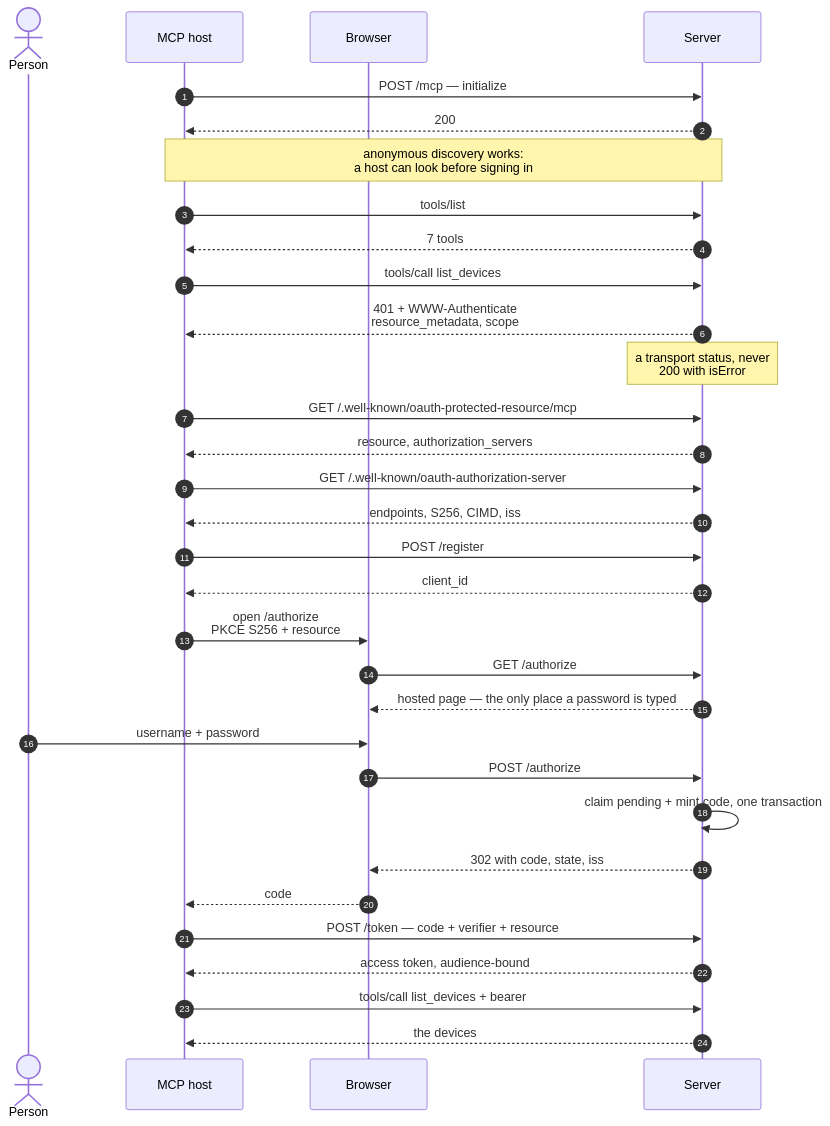
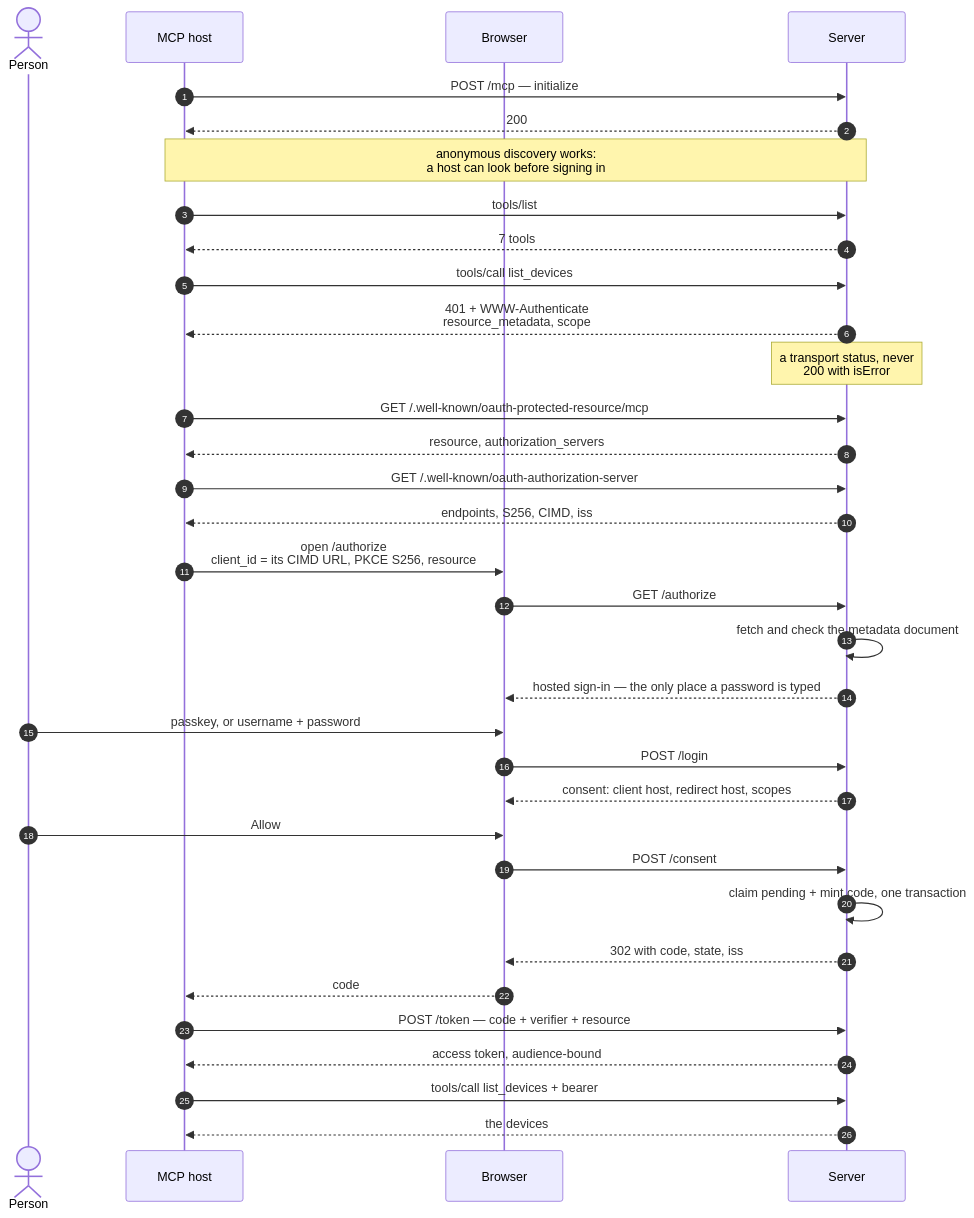
One commit to ksypinro/MCP-UI changed the fourth of 8 diagrams in docs/sequence-diagrams.md. Above: the diagram before and after it, drawn with Mermaid. The commit also changed other lines of this file and 182 other files, not shown here.

````diff
--- a/docs/sequence-diagrams.md
+++ b/docs/sequence-diagrams.md
@@ -127,39 +128,41 @@
 ```mermaid
 sequenceDiagram
     autonumber
     actor U as Person
     participant H as MCP host
     participant B as Browser
     participant S as Server
 
     H->>S: POST /mcp — initialize
     S-->>H: 200
     Note over H,S: anonymous discovery works:<br/>a host can look before signing in
     H->>S: tools/list
     S-->>H: 7 tools
 
     H->>S: tools/call list_devices
     S-->>H: 401 + WWW-Authenticate<br/>resource_metadata, scope
     Note over S: a transport status, never<br/>200 with isError
 
     H->>S: GET /.well-known/oauth-protected-resource/mcp
     S-->>H: resource, authorization_servers
     H->>S: GET /.well-known/oauth-authorization-server
     S-->>H: endpoints, S256, CIMD, iss
 
-    H->>S: POST /register
-    S-->>H: client_id
-    H->>B: open /authorize<br/>PKCE S256 + resource
+    H->>B: open /authorize<br/>client_id = its CIMD URL, PKCE S256, resource
     B->>S: GET /authorize
-    S-->>B: hosted page — the only place a password is typed
-    U->>B: username + password
-    B->>S: POST /authorize
+    S->>S: fetch and check the metadata document
+    S-->>B: hosted sign-in — the only place a password is typed
+    U->>B: passkey, or username + password
+    B->>S: POST /login
+    S-->>B: consent: client host, redirect host, scopes
+    U->>B: Allow
+    B->>S: POST /consent
     S->>S: claim pending + mint code, one transaction
     S-->>B: 302 with code, state, iss
     B-->>H: code
     H->>S: POST /token — code + verifier + resource
     S-->>H: access token, audience-bound
 
     H->>S: tools/call list_devices + bearer
     S-->>H: the devices
 ```
````
